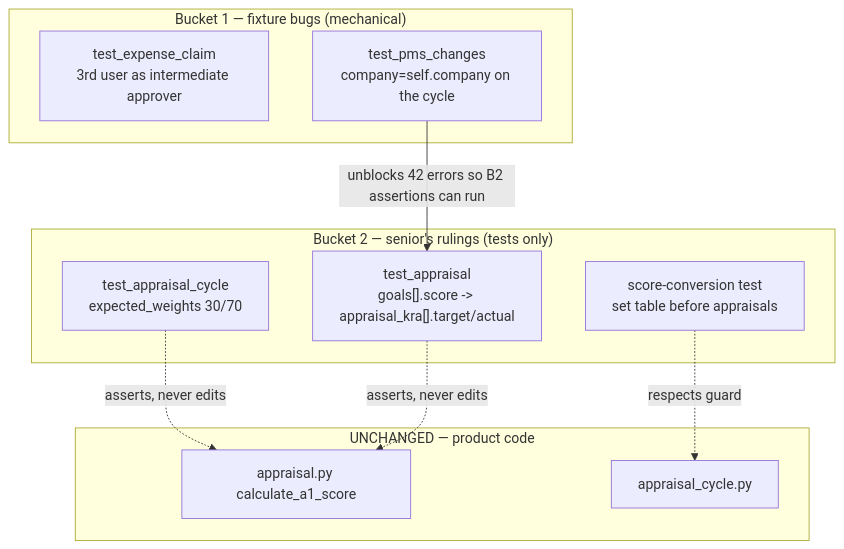
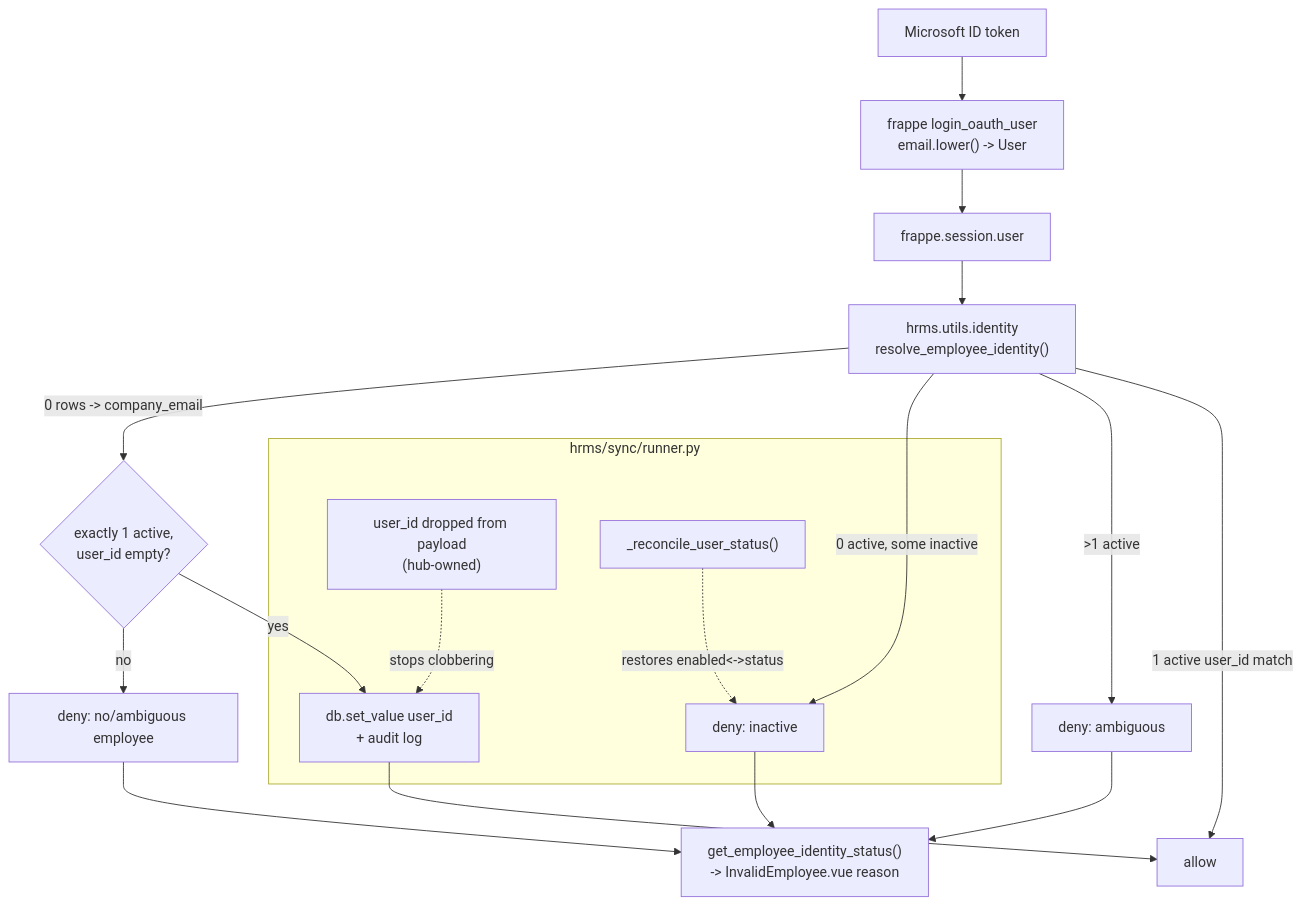
One commit to Nastyworldwide-Dev/hrms changed the diagram in .claude/plans/current-plan.md. Above: the diagram before and after it, drawn with Mermaid. The commit also changed other lines of this file and 24 other files, not shown here.

First line of the commit message:
fix(hrms): resolve identity once, so SSO users stop hitting invalid-employee

````diff
--- a/.claude/plans/current-plan.md
+++ b/.claude/plans/current-plan.md
@@ -64,20 +68,17 @@
 ```mermaid
 graph TD
-  subgraph B1["Bucket 1 — fixture bugs (mechanical)"]
-    EXP["test_expense_claim<br/>3rd user as intermediate approver"]
-    PMS1["test_pms_changes<br/>company=self.company on the cycle"]
+  MS["Microsoft ID token"] --> FR["frappe login_oauth_user<br/>email.lower() -> User"]
+  FR --> SESS["frappe.session.user"]
+  SESS --> RES["hrms.utils.identity<br/>resolve_employee_identity()"]
+  RES -->|1 active user_id match| OK["allow"]
+  RES -->|>1 active| AMB["deny: ambiguous"]
+  RES -->|0 active, some inactive| INA["deny: inactive"]
+  RES -->|0 rows -> company_email| FB{"exactly 1 active,<br/>user_id empty?"}
+  FB -->|yes| LINK["db.set_value user_id<br/>+ audit log"] --> OK
+  FB -->|no| NONE["deny: no/ambiguous employee"]
+  subgraph Sync["hrms/sync/runner.py"]
+    UO["user_id dropped from payload<br/>(hub-owned)"] -.->|stops clobbering| LINK
+    US["_reconcile_user_status()"] -.->|restores enabled<->status| INA
   end
-  subgraph B2["Bucket 2 — senior's rulings (tests only)"]
-    CYC["test_appraisal_cycle<br/>expected_weights 30/70"]
-    APR["test_appraisal<br/>goals[].score -> appraisal_kra[].target/actual"]
-    SCT["score-conversion test<br/>set table before appraisals"]
-  end
-  subgraph Code["UNCHANGED — product code"]
-    A["appraisal.py calculate_a1_score"]
-    C["appraisal_cycle.py"]
-  end
-  PMS1 -->|unblocks 42 errors so B2 assertions can run| APR
-  CYC -.->|asserts, never edits| A
-  APR -.->|asserts, never edits| A
-  SCT -.->|respects guard| C
+  AMB & INA & NONE --> PWA["get_employee_identity_status()<br/>-> InvalidEmployee.vue reason"]
 ```
````
